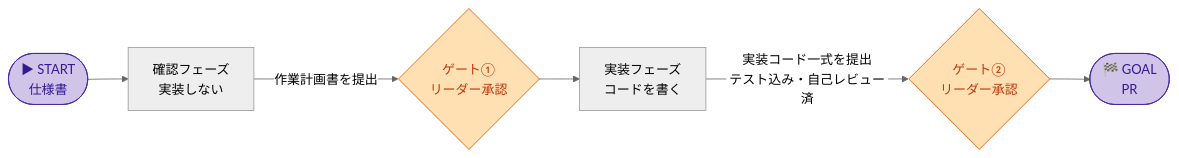
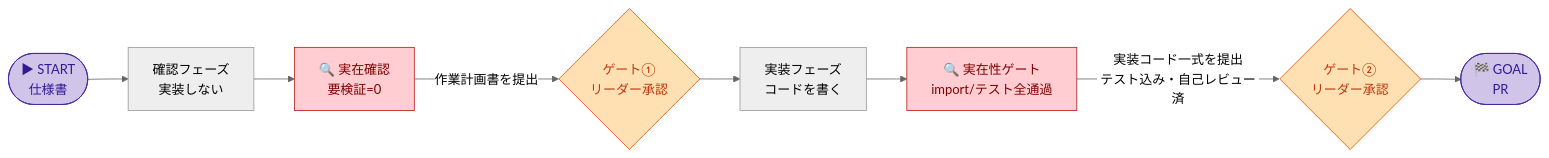
Before and after one commit to kurosawa-kuro/copilot-workflow: the first of 2 diagrams in docs/workflow-guide.md, drawn with Mermaid (neutral theme). The commit also changed other lines of this file, not shown here.

````diff
--- a/docs/workflow-guide.md
+++ b/docs/workflow-guide.md
@@ -13,13 +26,17 @@
 ```mermaid
 flowchart LR
     S([▶ START<br/>仕様書]) --> P1[確認フェーズ<br/>実装しない]
-    P1 -- 作業計画書を提出 --> G1{ゲート①<br/>リーダー承認}
+    P1 --> V1[🔍 実在確認<br/>要検証=0]
+    V1 -- 作業計画書を提出 --> G1{ゲート①<br/>リーダー承認}
     G1 --> P2[実装フェーズ<br/>コードを書く]
-    P2 -- 実装コード一式を提出<br/>テスト込み・自己レビュー済 --> G2{ゲート②<br/>リーダー承認}
+    P2 --> V2[🔍 実在性ゲート<br/>import/テスト全通過]
+    V2 -- 実装コード一式を提出<br/>テスト込み・自己レビュー済 --> G2{ゲート②<br/>リーダー承認}
     G2 --> G([🏁 GOAL<br/>PR])
 
     classDef startend fill:#d1c4e9,stroke:#4527a0,color:#311b92;
     classDef leader fill:#ffe0b2,stroke:#e65100,color:#bf360c;
+    classDef ground fill:#ffcdd2,stroke:#b71c1c,color:#7f0000;
     class S,G startend;
     class G1,G2 leader;
+    class V1,V2 ground;
 ```
````
